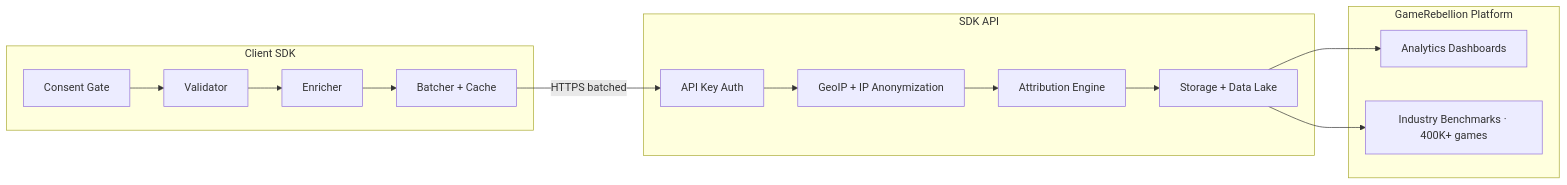
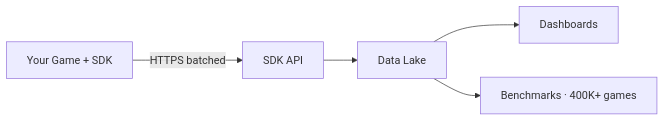
One commit to gamerebellion/.github changed the diagram in profile/README.md. Above: the diagram before and after it, drawn with Mermaid. The commit also changed other lines of this file, not shown here.

Commit message:
refactor: simplify architecture diagram to high-level flow
Removed internal implementation nodes (consent gate, validator, enricher,
GeoIP, attribution). Public profile should show the developer-facing path:
SDK -> API -> Data Lake -> Dashboards + Benchmarks.

Made-with: Cursor

````diff
--- a/profile/README.md
+++ b/profile/README.md
@@ -67,23 +67,7 @@
 ```mermaid
 flowchart LR
-    subgraph sdk [Client SDK]
-        Consent["Consent Gate"] --> Validate["Validator"]
-        Validate --> Enrich["Enricher"]
-        Enrich --> Batch["Batcher + Cache"]
-    end
-
-    subgraph api [SDK API]
-        Auth["API Key Auth"] --> Geo["GeoIP + IP Anonymization"]
-        Geo --> Attr["Attribution Engine"]
-        Attr --> Store["Storage + Data Lake"]
-    end
-
-    subgraph platform [GameRebellion Platform]
-        Dash["Analytics Dashboards"]
-        Bench["Industry Benchmarks · 400K+ games"]
-    end
-
-    Batch -->|"HTTPS batched"| Auth
-    Store --> Dash
-    Store --> Bench
+    SDK["Your Game + SDK"] -->|"HTTPS batched"| API["SDK API"]
+    API --> Lake["Data Lake"]
+    Lake --> Dash["Dashboards"]
+    Lake --> Bench["Benchmarks · 400K+ games"]
 ```
````
